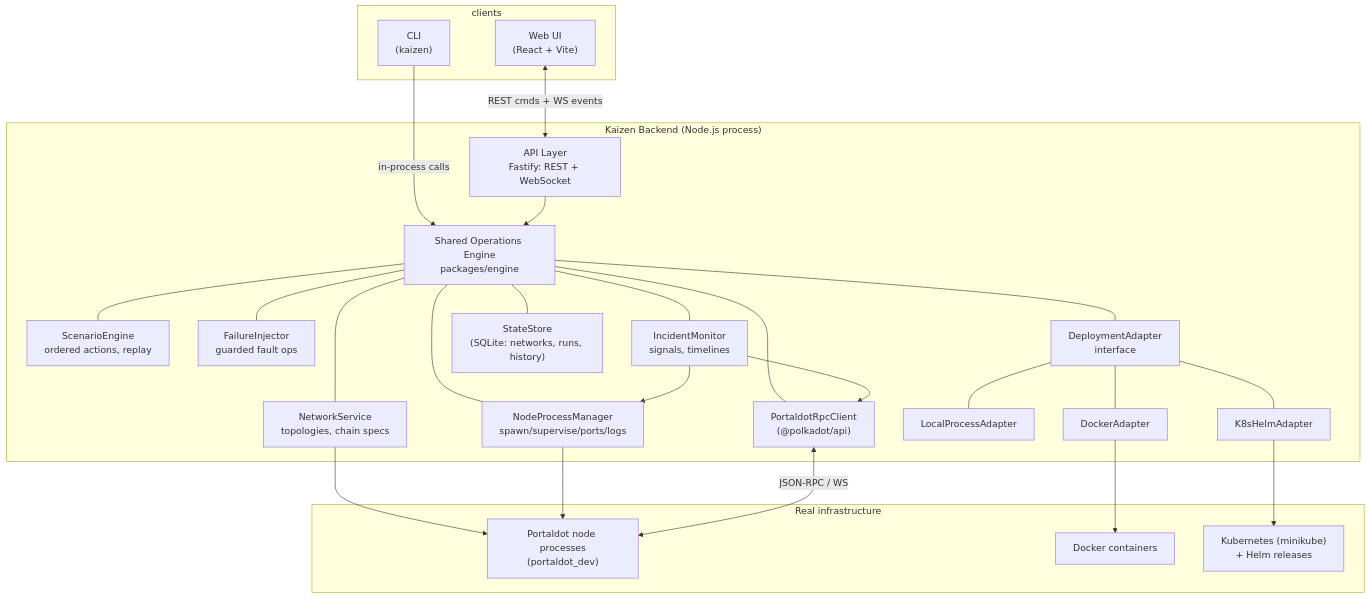
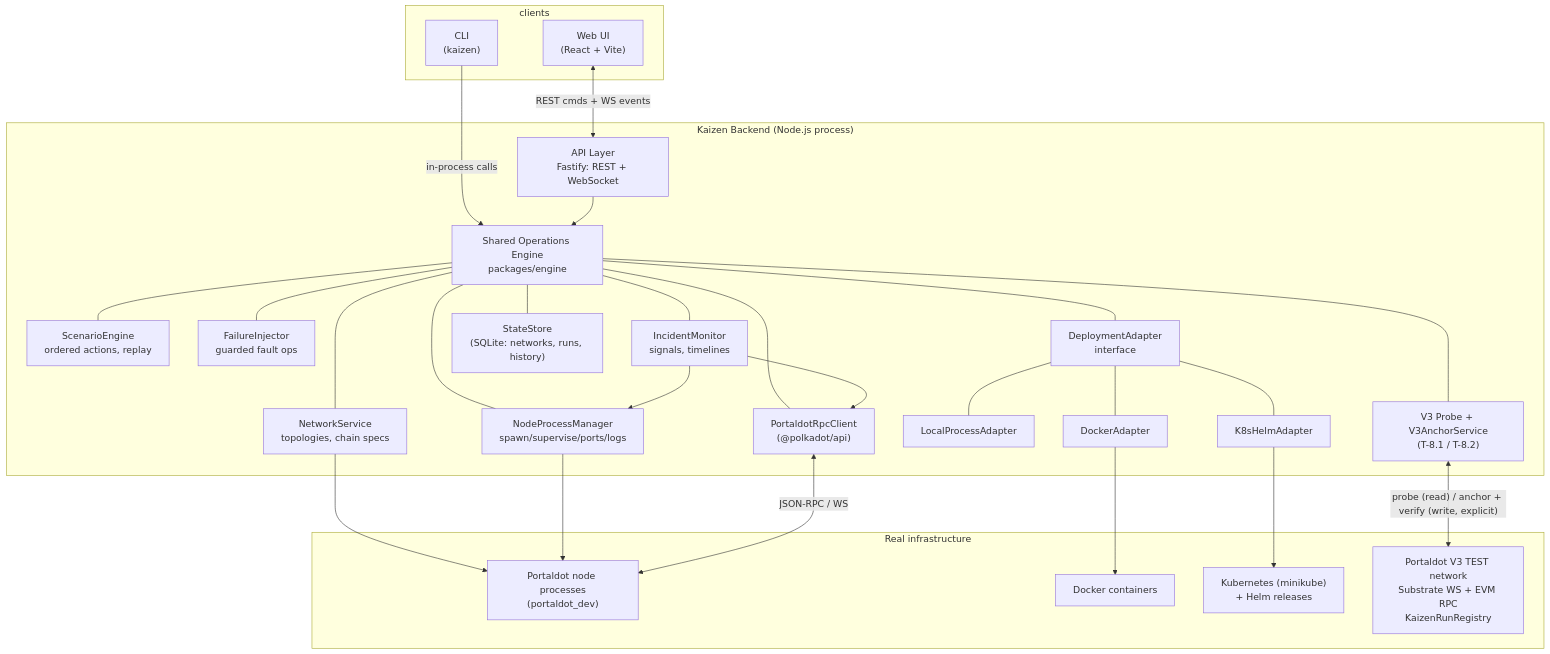
Before and after one commit to Shaydez-Defi/kaizen: the first of 4 diagrams in docs/ARCHITECTURE.md, drawn with Mermaid. The commit also changed other lines of this file and 10 other files, not shown here.

````diff
--- a/docs/ARCHITECTURE.md
+++ b/docs/ARCHITECTURE.md
@@ -22,40 +22,43 @@
 ```mermaid
 flowchart TB
     subgraph clients
         WEB["Web UI<br/>(React + Vite)"]
         CLI["CLI<br/>(kaizen)"]
     end
 
     subgraph backend["Kaizen Backend (Node.js process)"]
         API["API Layer<br/>Fastify: REST + WebSocket"]
         ENG["Shared Operations Engine<br/>packages/engine"]
         ENG --- NP["NetworkService<br/>topologies, chain specs"]
         ENG --- PM["NodeProcessManager<br/>spawn/supervise/ports/logs"]
         ENG --- RC["PortaldotRpcClient<br/>(@polkadot/api)"]
         ENG --- SE["ScenarioEngine<br/>ordered actions, replay"]
         ENG --- FI["FailureInjector<br/>guarded fault ops"]
         ENG --- IN["IncidentMonitor<br/>signals, timelines"]
         ENG --- DA["DeploymentAdapter<br/>interface"]
         DA --- LP["LocalProcessAdapter"]
         DA --- DK["DockerAdapter"]
         DA --- KH["K8sHelmAdapter"]
         ENG --- ST["StateStore<br/>(SQLite: networks, runs, history)"]
+        ENG --- V3S["V3 Probe + V3AnchorService<br/>(T-8.1 / T-8.2)"]
     end
 
     subgraph infra["Real infrastructure"]
         NODES["Portaldot node processes<br/>(portaldot_dev)"]
         DOCKER["Docker containers"]
         K8S["Kubernetes (minikube)<br/>+ Helm releases"]
+        V3NET["Portaldot V3 TEST network<br/>Substrate WS + EVM RPC<br/>KaizenRunRegistry"]
     end
 
     WEB <-->|"REST cmds + WS events"| API
     CLI -->|"in-process calls"| ENG
     API --> ENG
     NP --> NODES
     PM --> NODES
     RC <-->|"JSON-RPC / WS"| NODES
     DK --> DOCKER
     KH --> K8S
     IN --> RC
     IN --> PM
+    V3S <-->|"probe (read) / anchor + verify (write, explicit)"| V3NET
 ```
````
